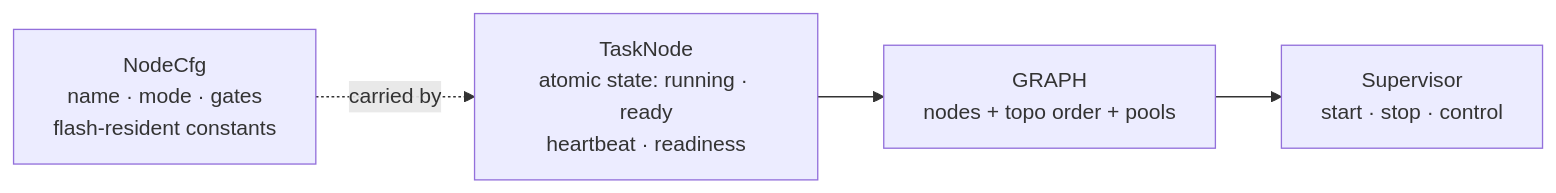
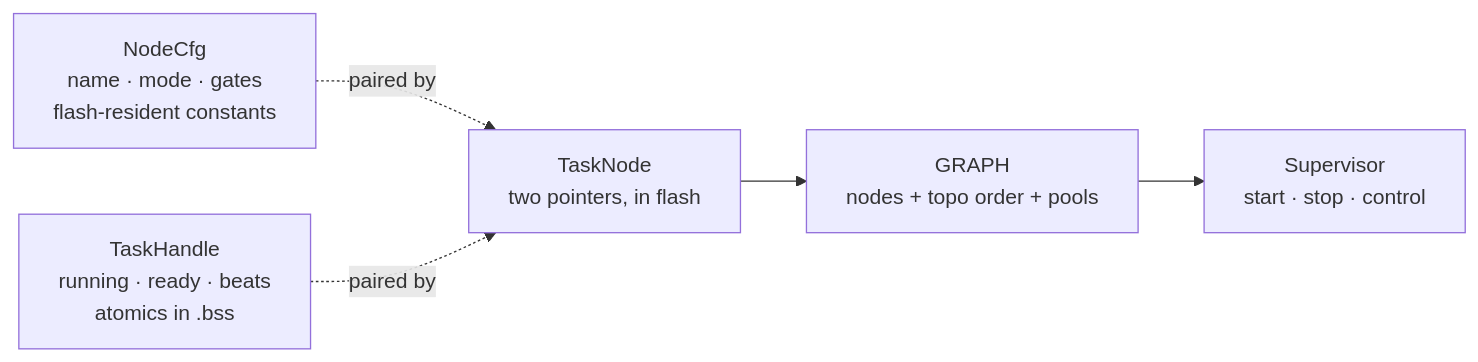
One commit to embassy-supervisor/embassy-supervisor.github.io changed the diagram in src/content/docs/concepts/model.md. Above: the diagram before and after it, drawn with Mermaid. The commit also changed other lines of this file and 14 other files, not shown here.

````diff
--- a/src/content/docs/concepts/model.md
+++ b/src/content/docs/concepts/model.md
@@ -13,12 +13,14 @@
 ```mermaid
 flowchart LR
-    accDescr: TaskNodes and NodeCfgs form the Graph the Supervisor drives
+    accDescr: NodeCfg, TaskHandle and TaskNode form the Graph the Supervisor drives
     CFG["NodeCfg<br/>name · mode · gates<br/>flash-resident constants"]:::signal
-    NODE["TaskNode<br/>atomic state: running · ready<br/>heartbeat · readiness"]:::task
+    HANDLE["TaskHandle<br/>running · ready · beats<br/>atomics in .bss"]:::task
+    NODE["TaskNode<br/>two pointers, in flash"]:::task
     GRAPH["GRAPH<br/>nodes + topo order + pools"]:::provider
     SUP["Supervisor<br/>start · stop · control"]:::pool
 
-    CFG -. carried by .-> NODE
+    CFG -. paired by .-> NODE
+    HANDLE -. paired by .-> NODE
     NODE --> GRAPH
     GRAPH --> SUP
 ```
````
